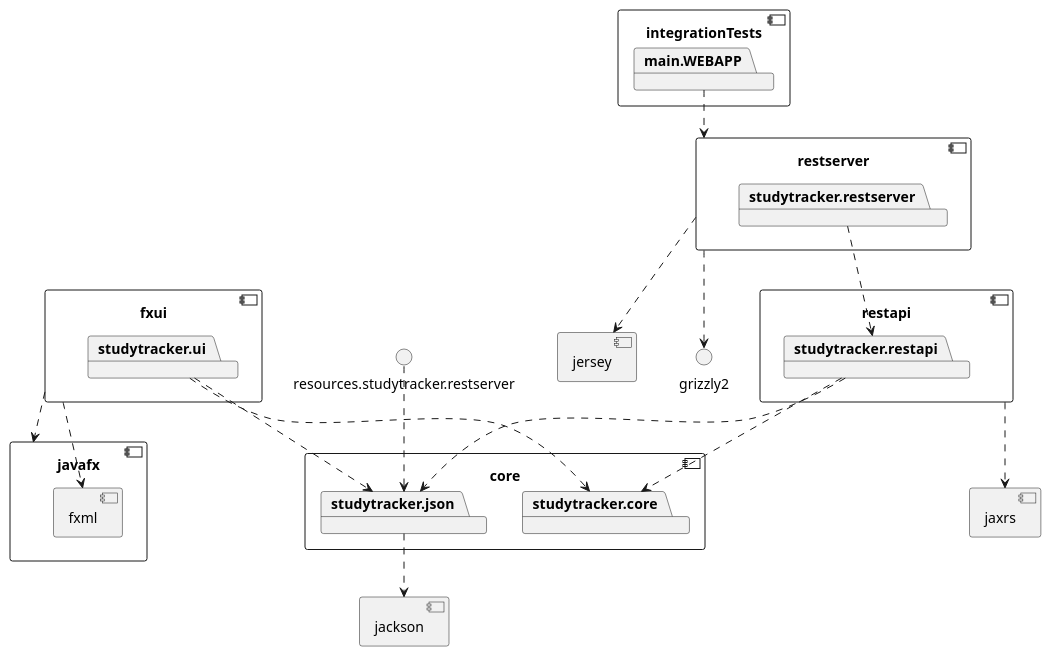
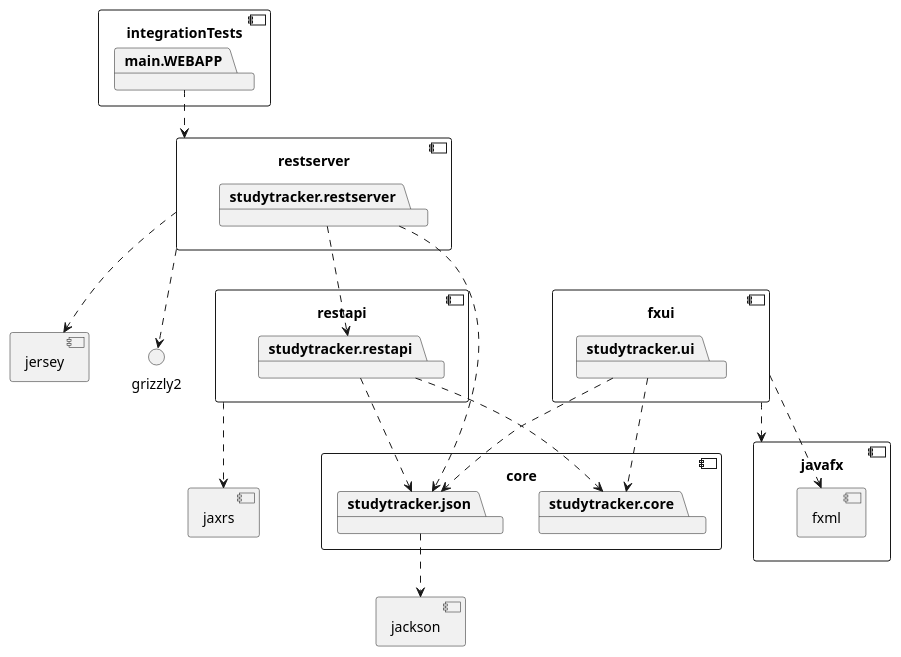
Before and after one commit to bmksimons/studytracker: the fourth of 4 diagrams in IT1901/README.md, drawn with PlantUML.

````diff
--- a/IT1901/README.md
+++ b/IT1901/README.md
@@ -173,63 +173,63 @@
 ```plantuml
 @startuml
 
 component restserver {
 }
 
 component core {
 	package studytracker.core
 	package studytracker.json
 }
 component jackson {
 }
 
 studytracker.json ..> jackson
 
 
 component fxui {
 	package studytracker.ui
 }
 
 component javafx {
 	component fxml {
 	}
 }
 
 fxui ..> javafx
 fxui ..> fxml
 
 studytracker.ui ..> studytracker.core
 studytracker.ui ..> studytracker.json
 
 component restapi {
 	package studytracker.restapi
 }
 
 component jaxrs {
 }
 
 restapi ..> jaxrs
 
 studytracker.restapi ..> studytracker.core
 studytracker.restapi ..> studytracker.json
 
 component restserver {
 	package studytracker.restserver
 }
 studytracker.restserver ..> studytracker.restapi
 
 component jersey {
 }
 
 restserver ..> jersey
 restserver ..> grizzly2
 
 component integrationTests {
     package main.WEBAPP
 }
 
 main.WEBAPP ..> restserver
-resources.studytracker.restserver ..> studytracker.json
+studytracker.restserver ..> studytracker.json
 
 @enduml
 ```
````
